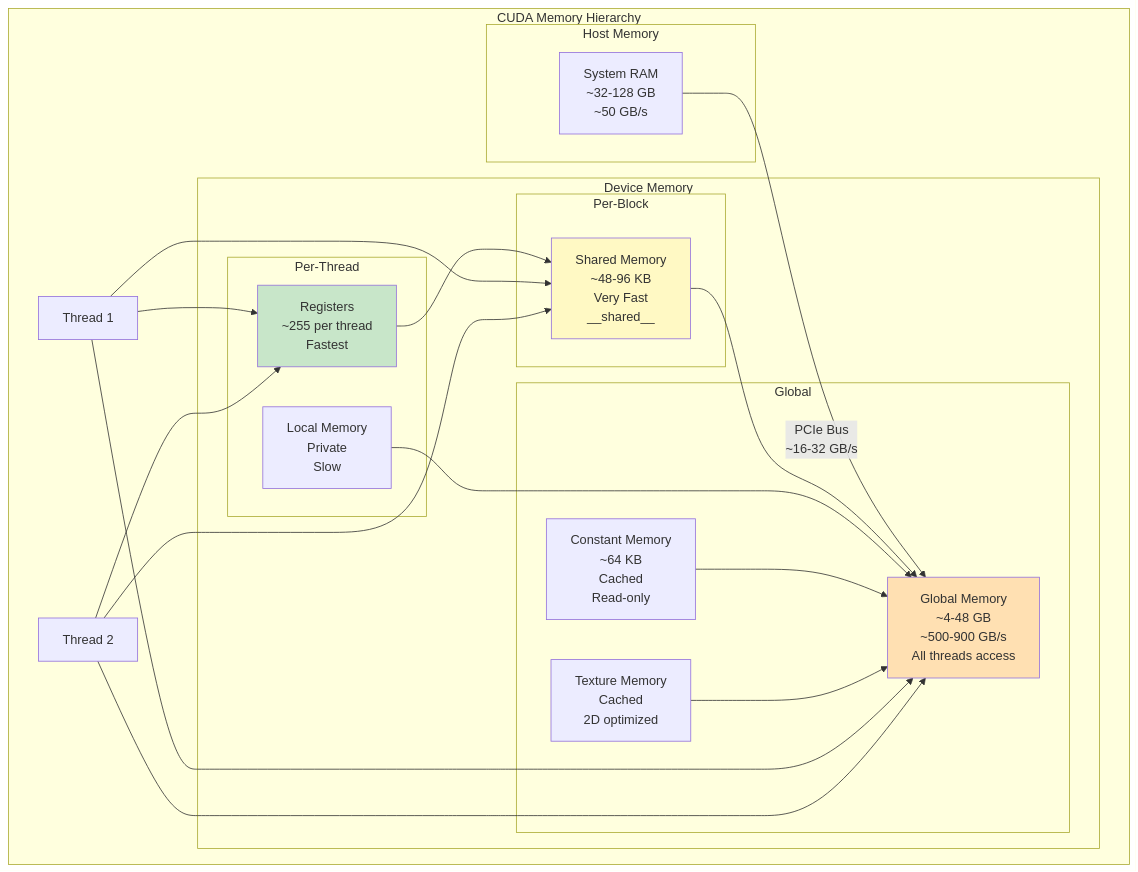
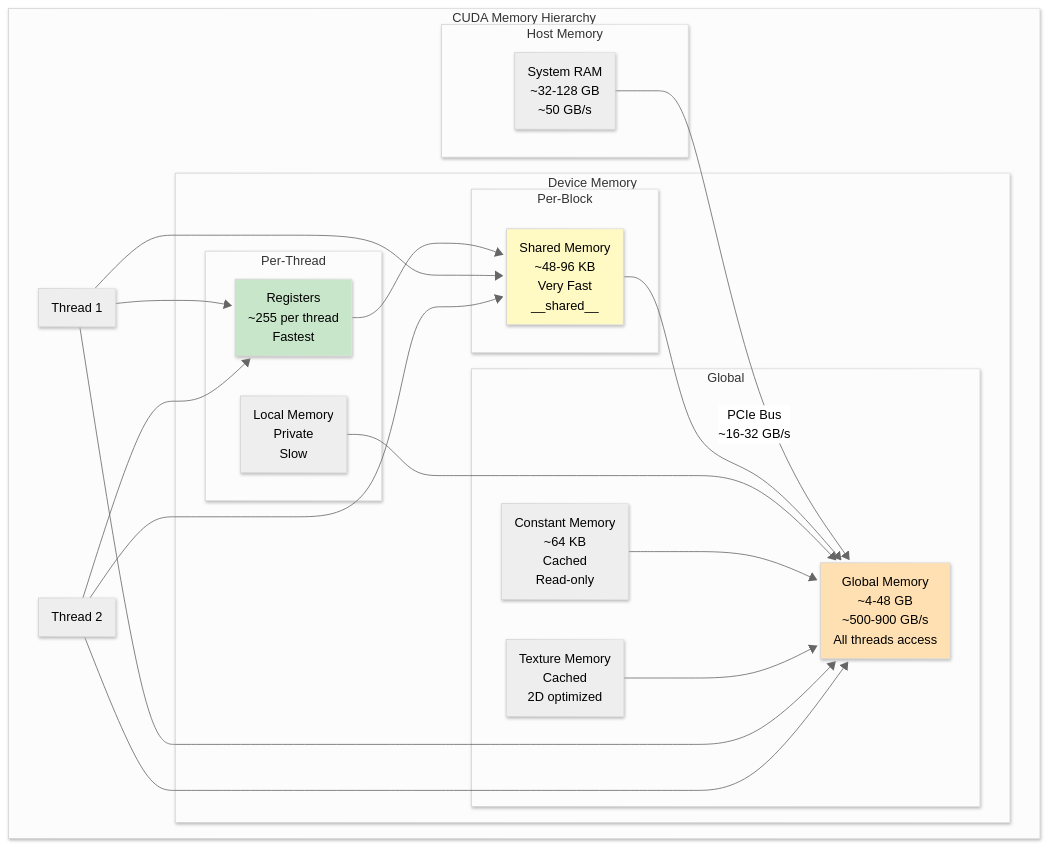
The diagram in docs/cuda-memory-hierarchy.md (LiteObject/CUDA-Image-Processing-App), drawn with Mermaid before and after one commit. The commit also changed 2 other files, not shown here.

Commit message:
Refactor Mermaid configuration in CUDA documentation files for consistency

````diff
--- a/docs/cuda-memory-hierarchy.md
+++ b/docs/cuda-memory-hierarchy.md
@@ -1,42 +1,47 @@
 ```mermaid
+---
+config:
+  theme: neutral
+  look: neo
+---
 graph TD
     subgraph "CUDA Memory Hierarchy"
         subgraph "Host Memory"
             RAM[System RAM<br/>~32-128 GB<br/>~50 GB/s]
         end
         
         subgraph "Device Memory"
             subgraph "Per-Thread"
                 REG[Registers<br/>~255 per thread<br/>Fastest]
                 LOCAL[Local Memory<br/>Private<br/>Slow]
             end
             
             subgraph "Per-Block"
                 SHARED[Shared Memory<br/>~48-96 KB<br/>Very Fast<br/>__shared__]
             end
             
             subgraph "Global"
                 GLOBAL[Global Memory<br/>~4-48 GB<br/>~500-900 GB/s<br/>All threads access]
                 CONST[Constant Memory<br/>~64 KB<br/>Cached<br/>Read-only]
                 TEX[Texture Memory<br/>Cached<br/>2D optimized]
             end
         end
         
         RAM -->|"PCIe Bus<br/>~16-32 GB/s"| GLOBAL
         
         REG --> SHARED
         SHARED --> GLOBAL
         LOCAL --> GLOBAL
         CONST --> GLOBAL
         TEX --> GLOBAL
         
         T1[Thread 1] --> REG
         T2[Thread 2] --> REG
         T1 & T2 --> SHARED
         T1 & T2 --> GLOBAL
     end
     
     style REG fill:#c8e6c9
     style SHARED fill:#fff9c4
     style GLOBAL fill:#ffe0b2
 ```
````
